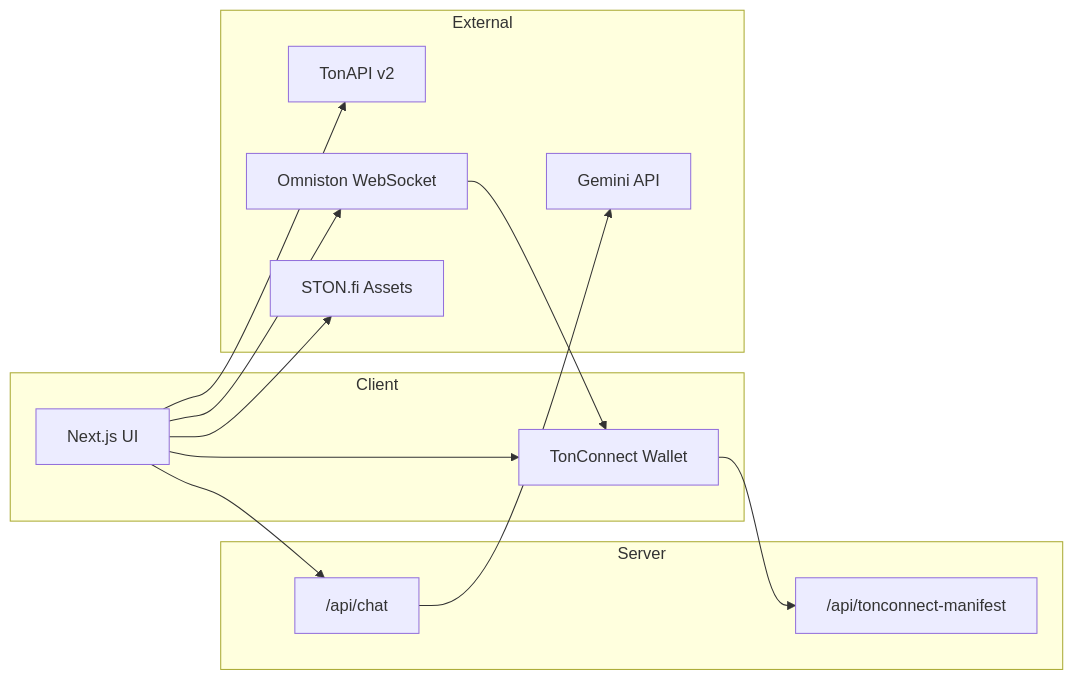
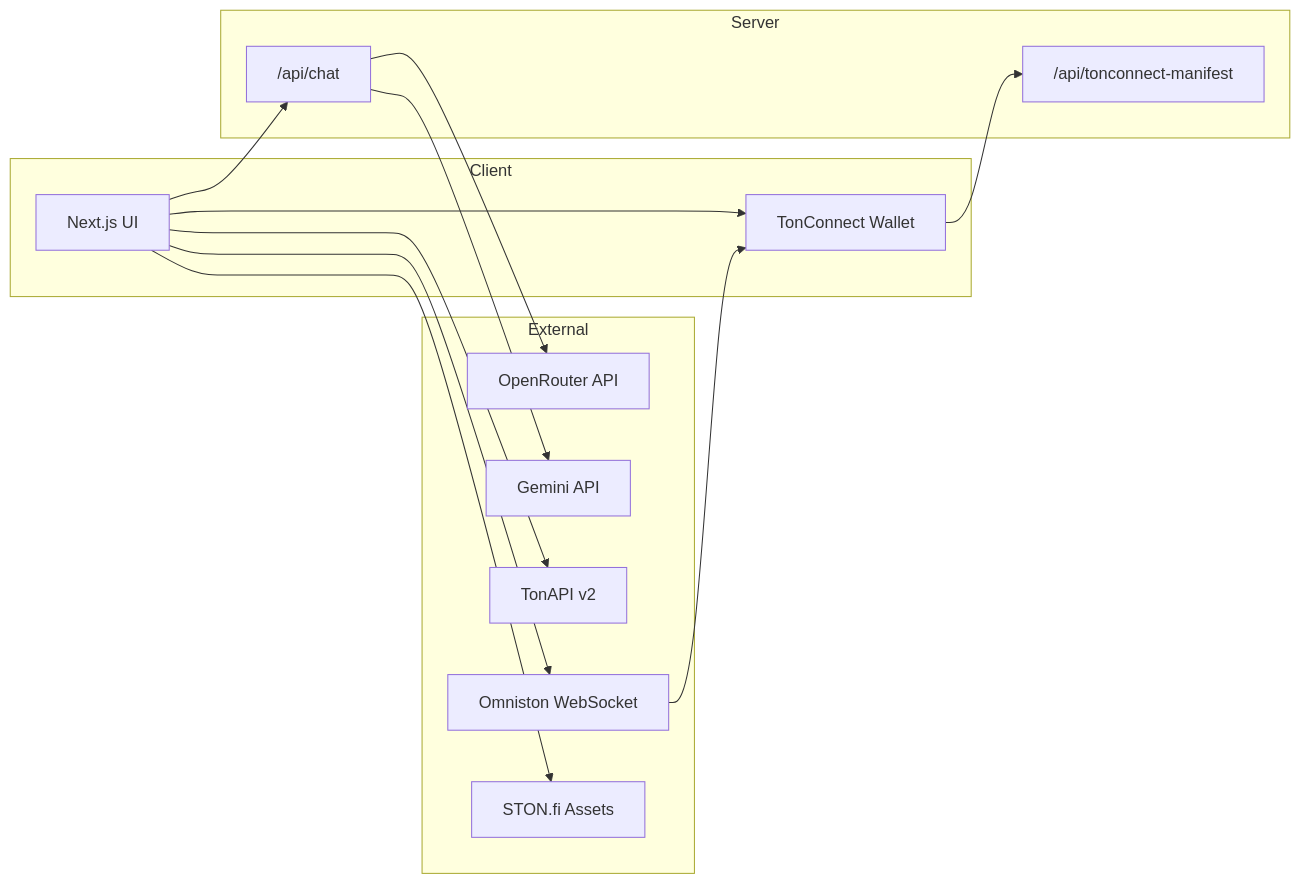
One commit to panditdhamdhere/TONai_Swap_advisor changed the diagram in README.md. Above: the diagram before and after it, drawn with Mermaid. The commit also changed other lines of this file and 2 other files, not shown here.

First line of the commit message:
Add OpenRouter free API support as primary AI provider.

````diff
--- a/README.md
+++ b/README.md
@@ -42,28 +42,30 @@
 ```mermaid
 flowchart LR
   subgraph Client
     Wallet[TonConnect Wallet]
     UI[Next.js UI]
   end
 
   subgraph Server
     ChatAPI["/api/chat"]
     ManifestAPI["/api/tonconnect-manifest"]
   end
 
   subgraph External
+    OpenRouter[OpenRouter API]
     Gemini[Gemini API]
     TonAPI[TonAPI v2]
     Omniston[Omniston WebSocket]
     STON[STON.fi Assets]
   end
 
   UI --> Wallet
   UI --> TonAPI
   UI --> Omniston
   UI --> ChatAPI
   Wallet --> ManifestAPI
+  ChatAPI --> OpenRouter
   ChatAPI --> Gemini
   UI --> STON
   Omniston --> Wallet
 ```
````
